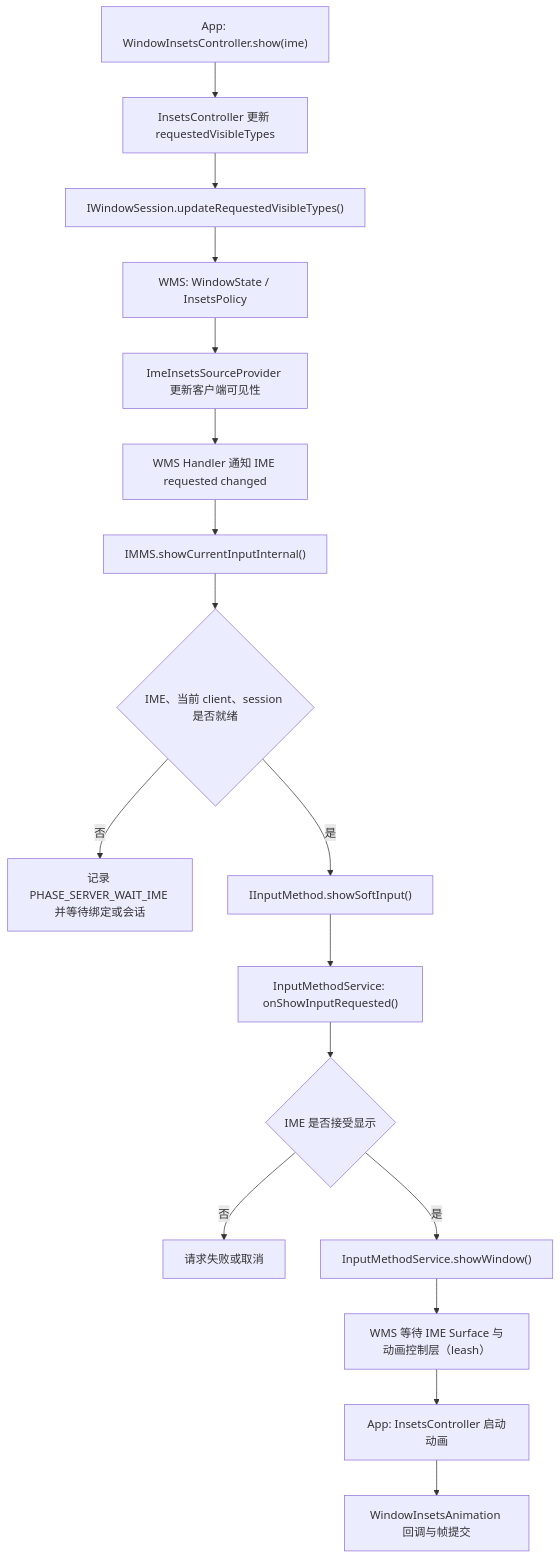
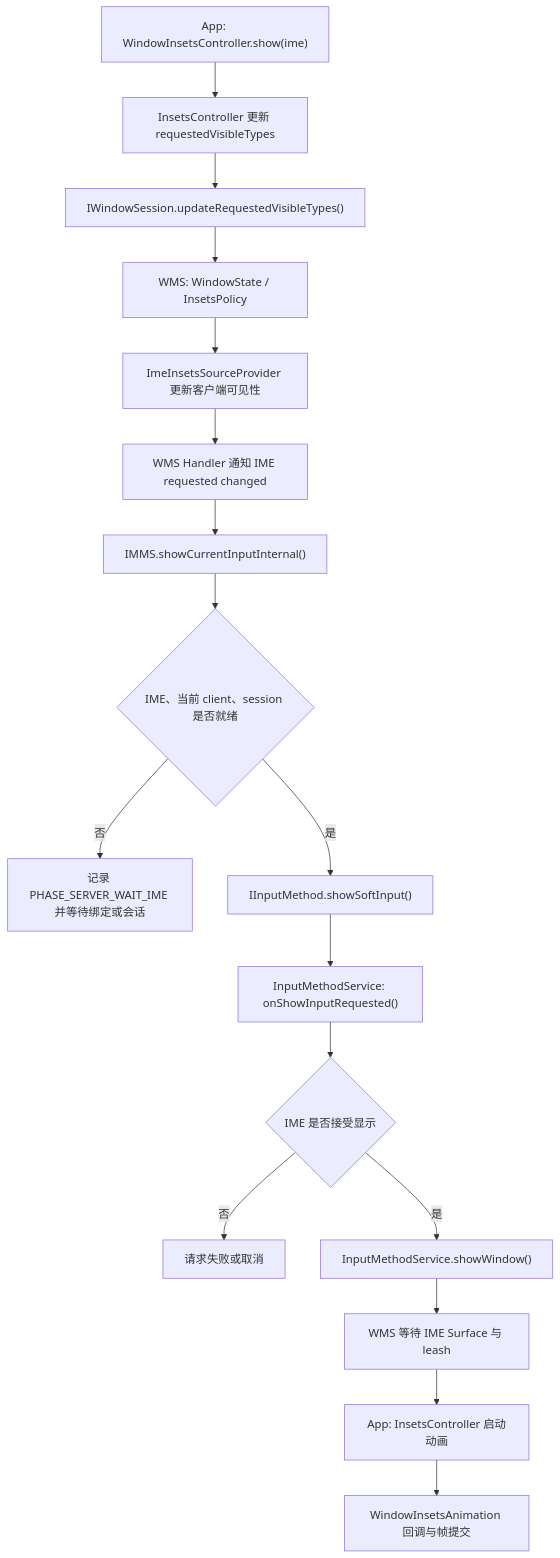
One commit to Gracker/android-internals-wiki changed the diagram in src/part1-fundamentals/ch03-input/11-input-method-manager-performance.md. Above: the diagram before and after it, drawn with Mermaid. The commit also changed 4 other files, not shown here.

````diff
--- a/src/part1-fundamentals/ch03-input/11-input-method-manager-performance.md
+++ b/src/part1-fundamentals/ch03-input/11-input-method-manager-performance.md
@@ -82,19 +82,19 @@
 ```mermaid
 flowchart TD
     A["App: WindowInsetsController.show(ime)"] --> B["InsetsController 更新 requestedVisibleTypes"]
     B --> C["IWindowSession.updateRequestedVisibleTypes()"]
     C --> D["WMS: WindowState / InsetsPolicy"]
     D --> E["ImeInsetsSourceProvider 更新客户端可见性"]
     E --> F["WMS Handler 通知 IME requested changed"]
     F --> G["IMMS.showCurrentInputInternal()"]
     G --> H{"IME、当前 client、session 是否就绪"}
     H -->|否| I["记录 PHASE_SERVER_WAIT_IME 并等待绑定或会话"]
     H -->|是| J["IInputMethod.showSoftInput()"]
     J --> K["InputMethodService: onShowInputRequested()"]
     K --> L{"IME 是否接受显示"}
     L -->|否| M["请求失败或取消"]
     L -->|是| N["InputMethodService.showWindow()"]
-    N --> O["WMS 等待 IME Surface 与动画控制层（leash）"]
+    N --> O["WMS 等待 IME Surface 与 leash"]
     O --> P["App: InsetsController 启动动画"]
     P --> Q["WindowInsetsAnimation 回调与帧提交"]
 ```
````
